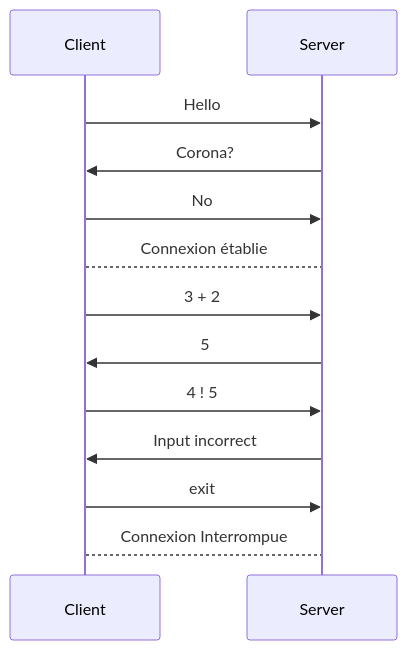
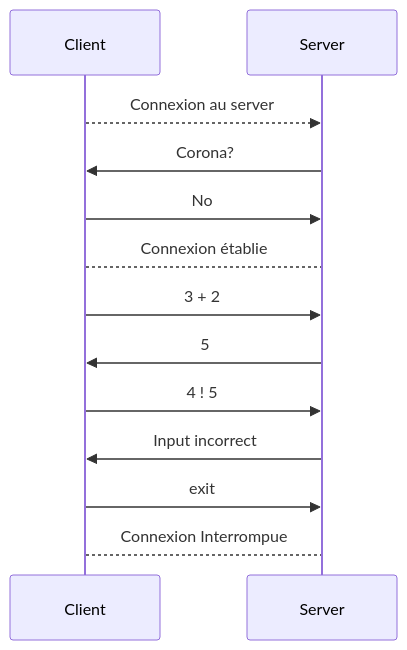
The diagram in specs/kurisukun/PROTOCOL.md (SoftEng-HEIGVD/Teaching-HEIGVD-RES-2020-Exercise-Protocol-Design), drawn with Mermaid before and after one commit. The commit also changed other lines of this file, not shown here.

````diff
--- a/specs/kurisukun/PROTOCOL.md
+++ b/specs/kurisukun/PROTOCOL.md
@@ -43,14 +44,14 @@
 ```mermaid
 sequenceDiagram
 	
-	Client ->> Server: Hello
+	Client -->> Server: Connexion au server 
 	Server ->> Client: Corona?
 	Client ->> Server: No
 	Client --> Server: Connexion établie
 	Client ->> Server: 3 + 2
 	Server ->> Client: 5
 	Client ->> Server: 4 ! 5
 	Server ->> Client: Input incorrect
 	Client ->> Server: exit
 	Client --> Server: Connexion Interrompue
 ```
````
